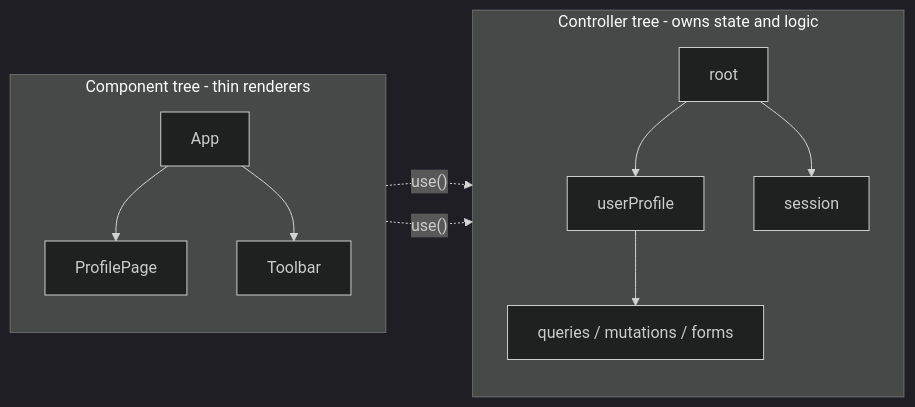
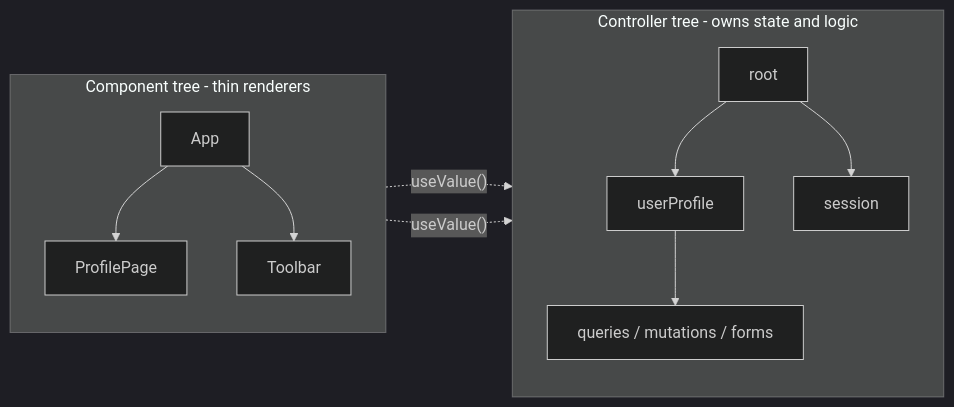
One commit to Kontsedal/olas changed the first of 2 diagrams in README.md. Above: the diagram before and after it, drawn with Mermaid (dark theme). The commit also changed other lines of this file and 99 other files, not shown here.

````diff
--- a/README.md
+++ b/README.md
@@ -69,16 +74,16 @@
 ```mermaid
 graph LR
   subgraph CT["Component tree - thin renderers"]
     direction TB
     App --> ProfilePage
     App --> Toolbar
   end
   subgraph OT["Controller tree - owns state and logic"]
     direction TB
     root --> userProfile
     root --> session
     userProfile --> data["queries / mutations / forms"]
   end
-  ProfilePage -.->|"use()"| userProfile
-  Toolbar -.->|"use()"| session
+  ProfilePage -.->|"useValue()"| userProfile
+  Toolbar -.->|"useValue()"| session
 ```
````
